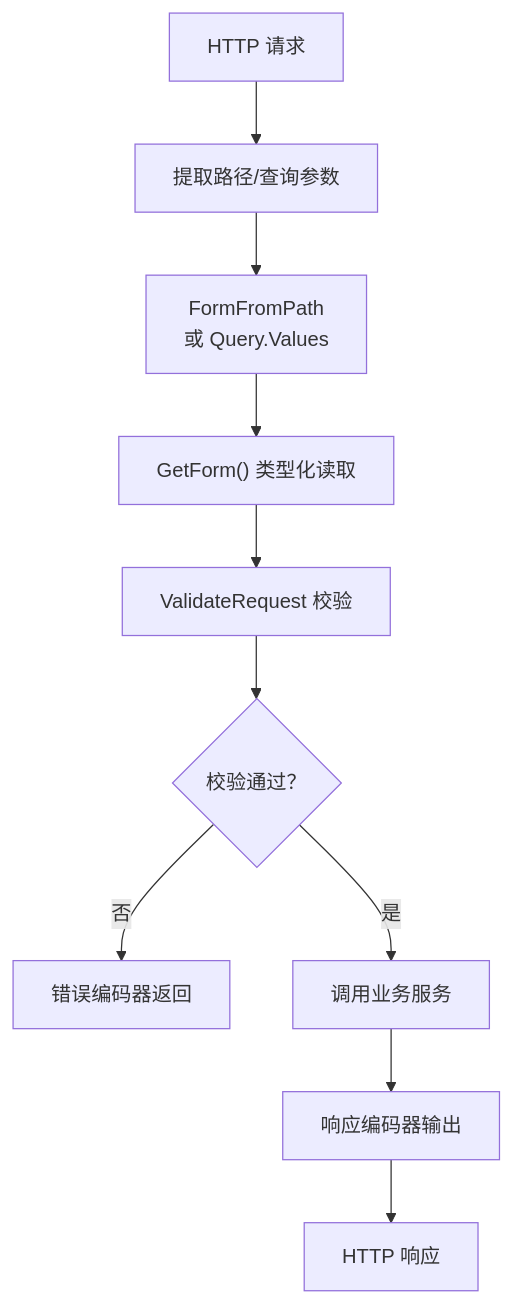
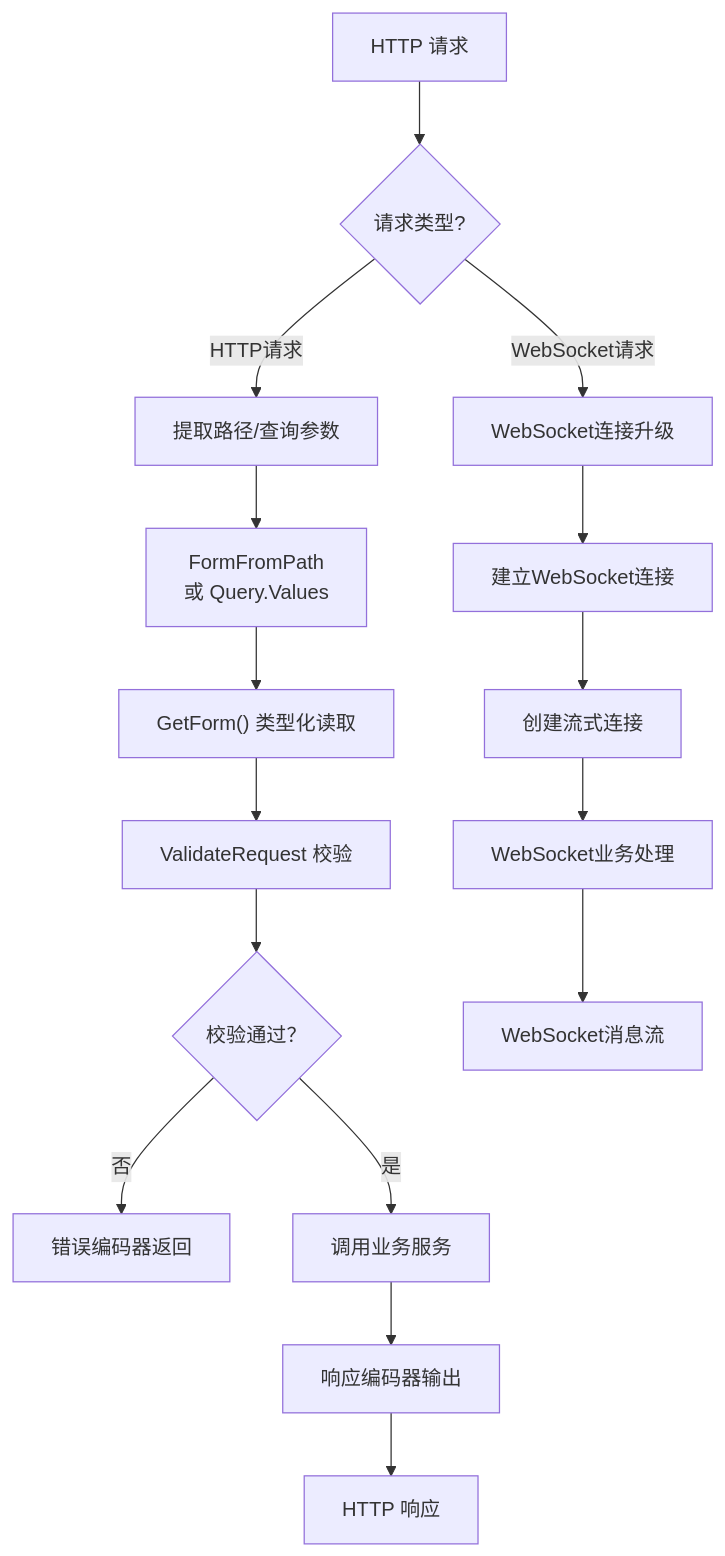
The sixth of 10 diagrams in .agents/repowiki/zh/content/HTTP 服务器框架/路由管理和处理.md (soyacen/goose), drawn with Mermaid before and after one commit. The commit also changed other lines of this file and 3 other files, not shown here.

````diff
--- a/.agents/repowiki/zh/content/HTTP 服务器框架/路由管理和处理.md
+++ b/.agents/repowiki/zh/content/HTTP 服务器框架/路由管理和处理.md
@@ -249,12 +313,18 @@
 ```mermaid
 flowchart TD
-Req["HTTP 请求"] --> Extract["提取路径/查询参数"]
+Req["HTTP 请求"] --> Type{"请求类型?"}
+Type --> |HTTP请求| Extract["提取路径/查询参数"]
+Type --> |WebSocket请求| WSUpgrade["WebSocket连接升级"]
 Extract --> PathForm["FormFromPath<br/>或 Query.Values"]
 PathForm --> Decode["GetForm<T>() 类型化读取"]
 Decode --> Validate["ValidateRequest 校验"]
+WSUpgrade --> WSConn["建立WebSocket连接"]
+WSConn --> WSStream["创建流式连接"]
 Validate --> OK{"校验通过？"}
 OK --> |否| Err["错误编码器返回"]
 OK --> |是| Call["调用业务服务"]
 Call --> Encode["响应编码器输出"]
 Encode --> Resp["HTTP 响应"]
+WSStream --> WSService["WebSocket业务处理"]
+WSService --> WSResp["WebSocket消息流"]
 ```
````
